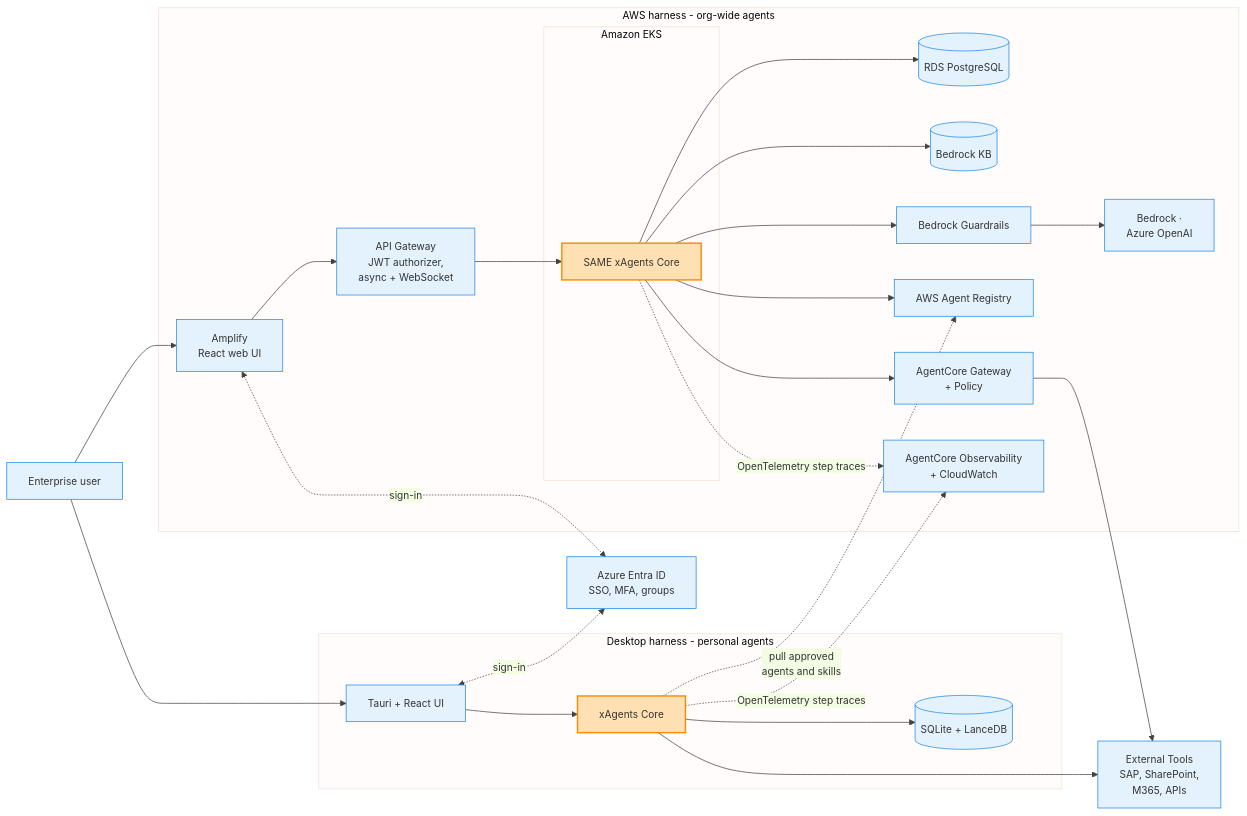
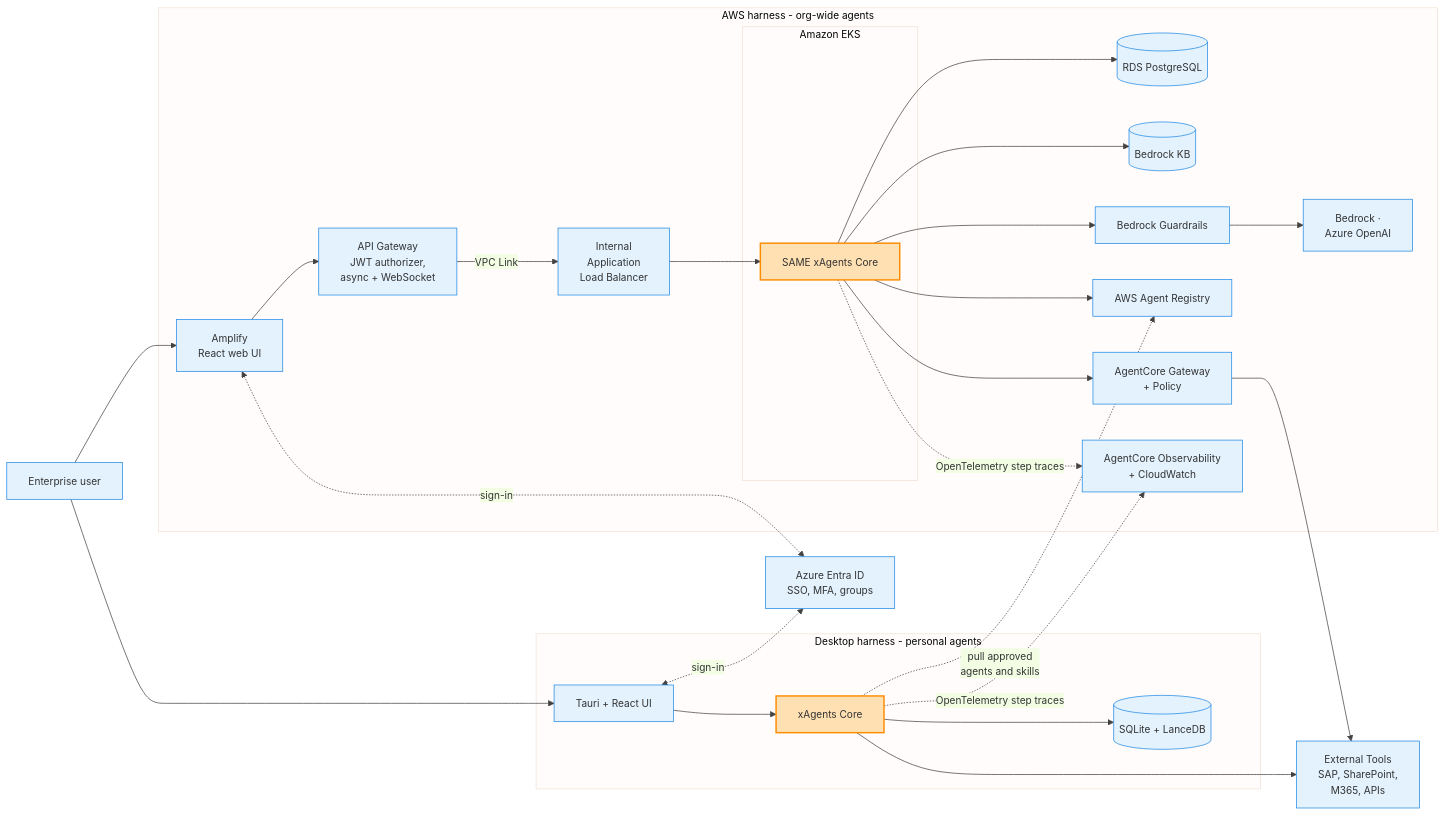
Diagram 22 of 23 in aws_architecting_solutions/15-architecting-agentic-ai-harness-desktop-to-aws.qmd (senthilkumarm1901/learn_by_blogging), drawn with Mermaid before and after one commit. The commit also changed 2 other files, not shown here.

Commit message:
added chapter 15 to book and indexed

````diff
--- a/aws_architecting_solutions/15-architecting-agentic-ai-harness-desktop-to-aws.qmd
+++ b/aws_architecting_solutions/15-architecting-agentic-ai-harness-desktop-to-aws.qmd
@@ -690,38 +690,39 @@
 ```{mermaid}
 %%{init: {'theme': 'base', 'themeVariables': {'primaryColor': '#E3F2FD', 'primaryBorderColor': '#1E88E5', 'lineColor': '#424242', 'fontSize': '14px'}}}%%
 flowchart LR
     USER["Enterprise user"]
     ENTRA["Azure Entra ID<br>SSO, MFA, groups"]
 
     subgraph DESKTOP["Desktop harness - personal agents"]
         TAURI["Tauri + React UI"] --> DCORE["xAgents Core"]
         DCORE --> DSTORE[("SQLite + LanceDB")]
     end
 
     subgraph CLOUD["AWS harness - org-wide agents"]
         AMP["Amplify<br>React web UI"] --> APIGW["API Gateway<br>JWT authorizer,<br>async + WebSocket"]
+        APIGW -->|"VPC Link"| ALB["Internal<br>Application<br>Load Balancer"]
         subgraph EKS["Amazon EKS"]
             CCORE["SAME xAgents Core"]
         end
-        APIGW --> CCORE
+        ALB --> CCORE
         CCORE --> RDS[("RDS PostgreSQL")]
         CCORE --> KB[("Bedrock KB")]
         CCORE --> GW["AgentCore Gateway<br>+ Policy"]
         CCORE --> REG["AWS Agent Registry"]
         CCORE --> GRD["Bedrock Guardrails"] --> LLM["Bedrock ·<br>Azure OpenAI"]
         OBS["AgentCore Observability<br>+ CloudWatch"]
     end
 
     USER --> TAURI
     USER --> AMP
     TAURI <-.->|"sign-in"| ENTRA
     AMP <-.->|"sign-in"| ENTRA
     GW --> ENT["External Tools<br>SAP, SharePoint,<br>M365, APIs"]
     DCORE --> ENT
     DCORE -.->|"pull approved<br>agents and skills"| REG
     CCORE -.->|"OpenTelemetry step traces"|OBS
     DCORE -.->|"OpenTelemetry step traces"|OBS
 
     classDef core fill:#FFE0B2,stroke:#FB8C00,stroke-width:2px
     class DCORE,CCORE core
 ```
````
